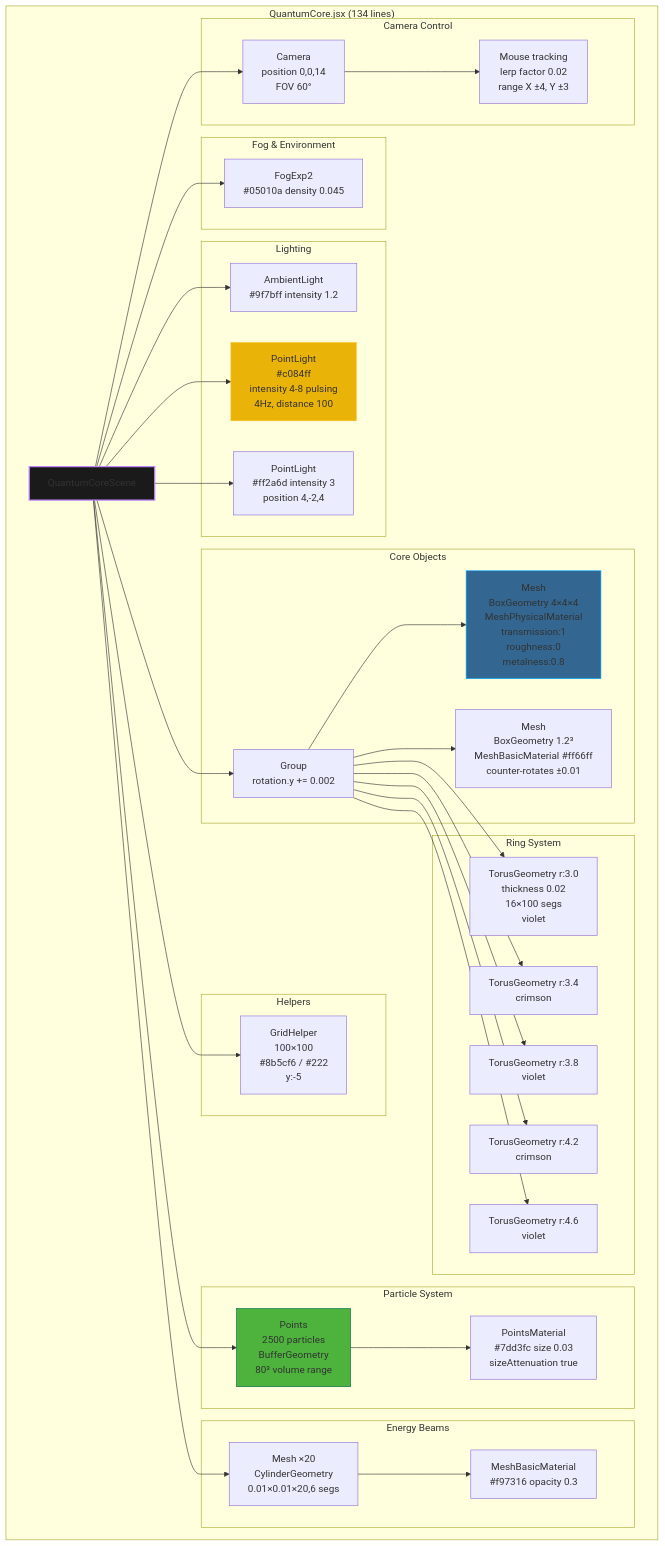
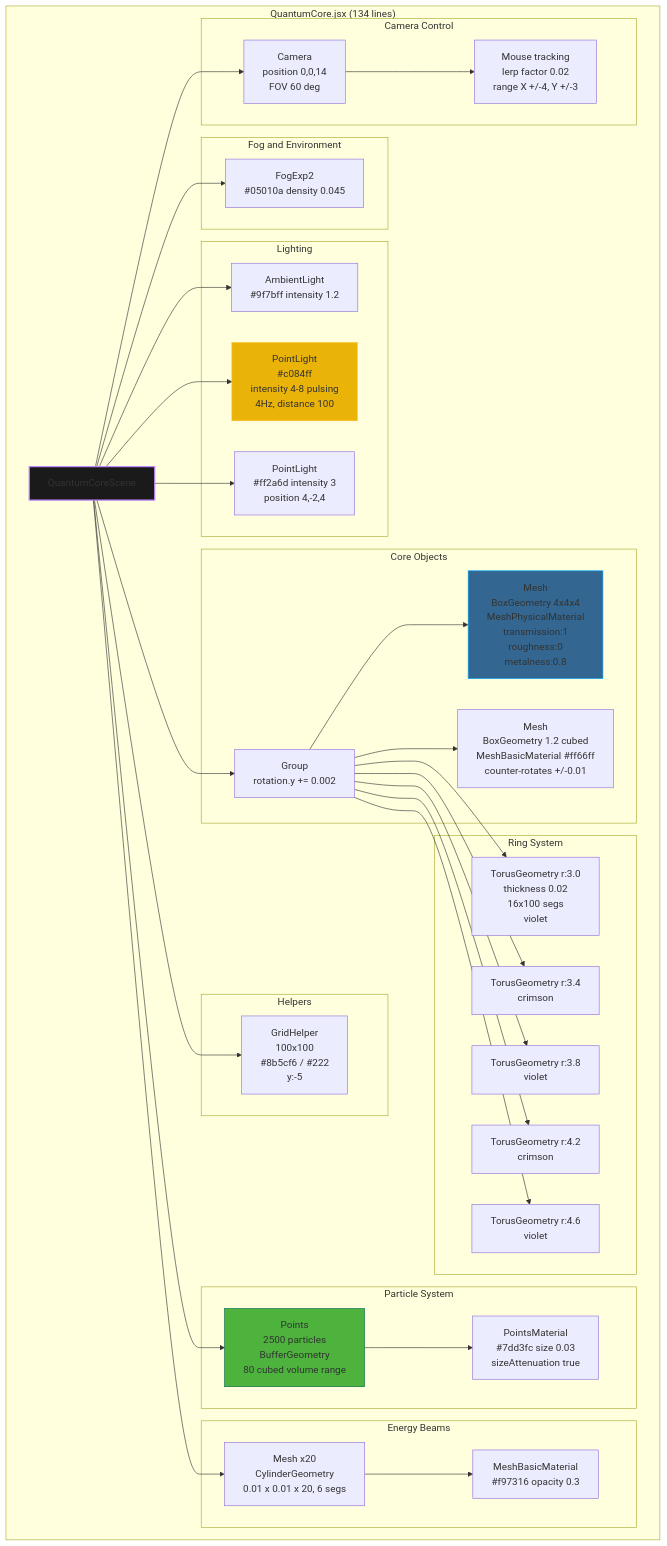
The sixth of 10 diagrams in README.md (tomschidmstmuller/JapStarCraft), drawn with Mermaid before and after one commit. The commit also changed other lines of this file, not shown here.

````diff
--- a/README.md
+++ b/README.md
@@ -403,78 +403,78 @@
 ```mermaid
 graph TD
     subgraph "QuantumCore.jsx (134 lines)"
         QCS[QuantumCoreScene]
         
-        subgraph "Fog & Environment"
-            Fog[FogExp2<br/>#05010a density 0.045]
+        subgraph "Fog and Environment"
+            Fog[FogExp2<br>#05010a density 0.045]
         end
         
         subgraph "Lighting"
-            AmbientQ[AmbientLight<br/>#9f7bff intensity 1.2]
-            CoreLight[PointLight<br/>#c084ff<br/>intensity 4-8 pulsing<br/>4Hz, distance 100]
-            AccentLight[PointLight<br/>#ff2a6d intensity 3<br/>position 4,-2,4]
+            AmbientQ[AmbientLight<br>#9f7bff intensity 1.2]
+            CoreLight[PointLight<br>#c084ff<br>intensity 4-8 pulsing<br>4Hz, distance 100]
+            AccentLight[PointLight<br>#ff2a6d intensity 3<br>position 4,-2,4]
         end
         
         subgraph "Core Objects"
-            CoreGroup[Group<br/>rotation.y += 0.002]
+            CoreGroup[Group<br>rotation.y += 0.002]
             
-            CoreCube[Mesh<br/>BoxGeometry 4×4×4<br/>MeshPhysicalMaterial<br/>transmission:1<br/>roughness:0<br/>metalness:0.8]
+            CoreCube[Mesh<br>BoxGeometry 4x4x4<br>MeshPhysicalMaterial<br>transmission:1<br>roughness:0<br>metalness:0.8]
             
-            InnerCube[Mesh<br/>BoxGeometry 1.2³<br/>MeshBasicMaterial #ff66ff<br/>counter-rotates ±0.01]
+            InnerCube["Mesh<br>BoxGeometry 1.2 cubed<br>MeshBasicMaterial #ff66ff<br>counter-rotates +/-0.01"]
         end
         
         subgraph "Ring System"
-            Ring1[TorusGeometry r:3.0<br/>thickness 0.02<br/>16×100 segs<br/>violet]
-            Ring2[TorusGeometry r:3.4<br/>crimson]
-            Ring3[TorusGeometry r:3.8<br/>violet]
-            Ring4[TorusGeometry r:4.2<br/>crimson]
-            Ring5[TorusGeometry r:4.6<br/>violet]
+            Ring1[TorusGeometry r:3.0<br>thickness 0.02<br>16x100 segs<br>violet]
+            Ring2[TorusGeometry r:3.4<br>crimson]
+            Ring3[TorusGeometry r:3.8<br>violet]
+            Ring4[TorusGeometry r:4.2<br>crimson]
+            Ring5[TorusGeometry r:4.6<br>violet]
         end
         
         subgraph "Particle System"
-            Particles[Points<br/>2500 particles<br/>BufferGeometry<br/>80³ volume range]
-            ParticleMat[PointsMaterial<br/>#7dd3fc size 0.03<br/>sizeAttenuation true]
+            Particles[Points<br>2500 particles<br>BufferGeometry<br>80 cubed volume range]
+            ParticleMat[PointsMaterial<br>#7dd3fc size 0.03<br>sizeAttenuation true]
         end
         
         subgraph "Energy Beams"
-            Beams[Mesh ×20<br/>CylinderGeometry<br/>0.01×0.01×20,6 segs]
-            BeamMat[MeshBasicMaterial<br/>#f97316 opacity 0.3]
+            Beams[Mesh x20<br>CylinderGeometry<br>0.01 x 0.01 x 20, 6 segs]
+            BeamMat[MeshBasicMaterial<br>#f97316 opacity 0.3]
         end
         
         subgraph "Helpers"
-            Grid[GridHelper<br/>100×100<br/>#8b5cf6 / #222<br/>y:-5]
+            Grid[GridHelper<br>100x100<br>#8b5cf6 / #222<br>y:-5]
         end
         
         subgraph "Camera Control"
-            CameraQ[Camera<br/>position 0,0,14<br/>FOV 60°]
-            MouseTrack[Mouse tracking<br/>lerp factor 0.02<br/>range X ±4, Y ±3]
+            CameraQ[Camera<br>position 0,0,14<br>FOV 60 deg]
+            MouseTrack[Mouse tracking<br>lerp factor 0.02<br>range X +/-4, Y +/-3]
         end
     end
     
     QCS --> Fog
     QCS --> AmbientQ
     QCS --> CoreLight
     QCS --> AccentLight
     QCS --> CoreGroup
     
     CoreGroup --> CoreCube
     CoreGroup --> InnerCube
     CoreGroup --> Ring1
     CoreGroup --> Ring2
     CoreGroup --> Ring3
     CoreGroup --> Ring4
     CoreGroup --> Ring5
     
     QCS --> Particles
     Particles --> ParticleMat
     QCS --> Beams
     Beams --> BeamMat
     QCS --> Grid
     QCS --> CameraQ
     CameraQ --> MouseTrack
     
     style QCS fill:#1a1a1a,stroke:#c084fc,stroke-width:2px
     style CoreCube fill:#336791,stroke:#00aaff
     style Particles fill:#4db33d,stroke:#00684a
     style CoreLight fill:#eab308,stroke:#fbbf24
 ```
````
